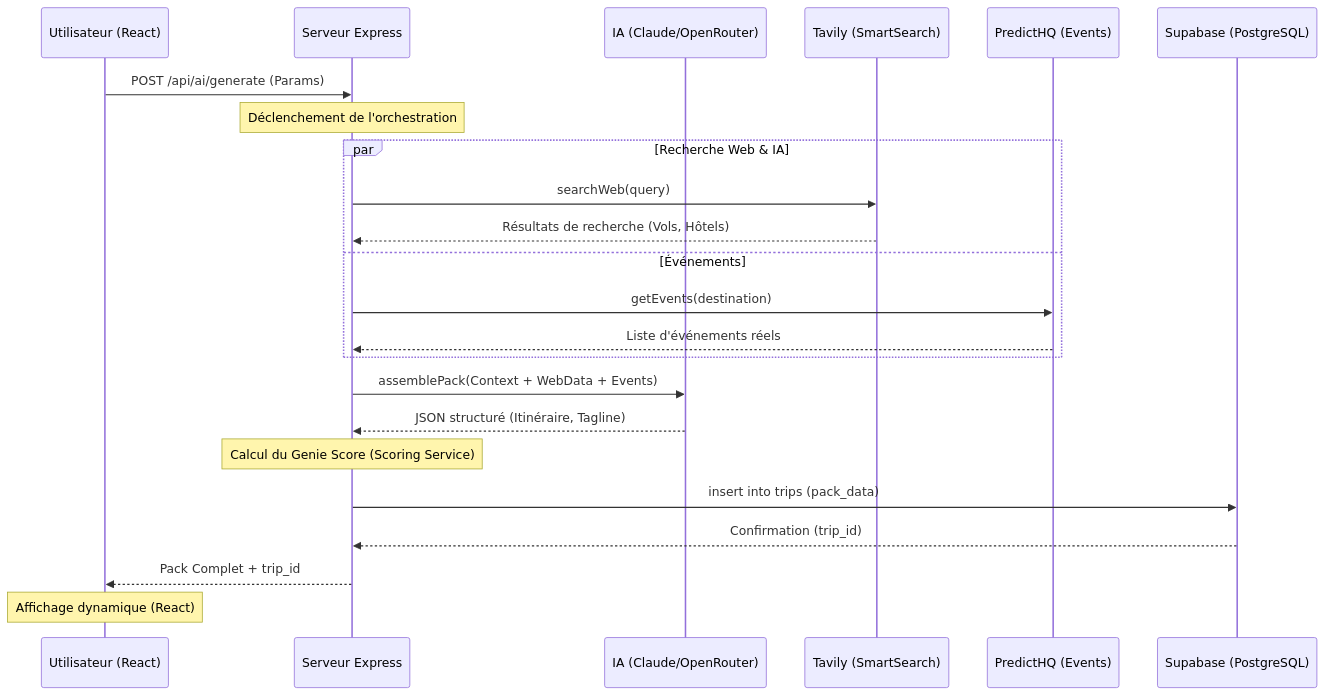
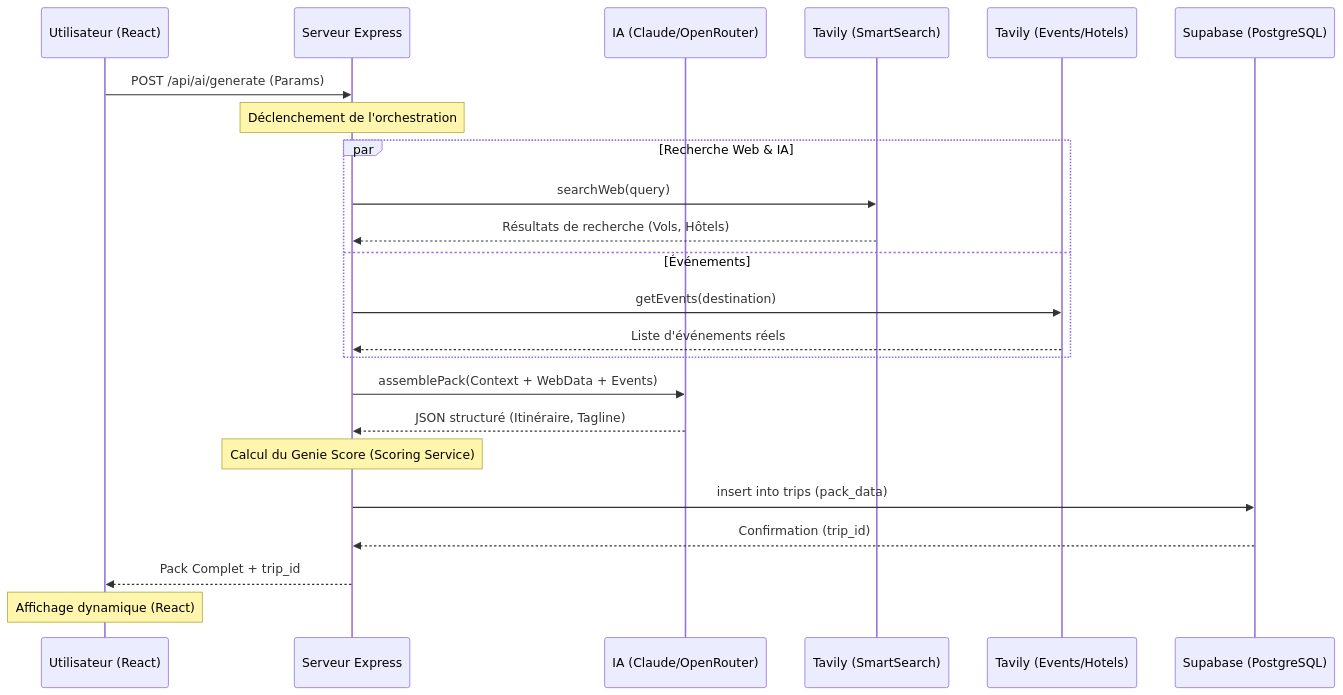
One commit to loties1533/tripgenie changed the first of 3 diagrams in docs/DIAGRAMS.md. Above: the diagram before and after it, drawn with Mermaid. The commit also changed 19 other files, not shown here.

First line of the commit message:
refactor: RNCP5 MVP certification — clean architecture & docs

````diff
--- a/docs/DIAGRAMS.md
+++ b/docs/DIAGRAMS.md
@@ -10,31 +10,31 @@
 ```mermaid
 sequenceDiagram
     participant U as Utilisateur (React)
     participant S as Serveur Express
     participant AI as IA (Claude/OpenRouter)
     participant T as Tavily (SmartSearch)
-    participant P as PredictHQ (Events)
+    participant P as Tavily (Events/Hotels)
     participant DB as Supabase (PostgreSQL)
 
     U->>S: POST /api/ai/generate (Params)
     Note over S: Déclenchement de l'orchestration
     
     par Recherche Web & IA
         S->>T: searchWeb(query)
         T-->>S: Résultats de recherche (Vols, Hôtels)
     and Événements
         S->>P: getEvents(destination)
         P-->>S: Liste d'événements réels
     end
 
     S->>AI: assemblePack(Context + WebData + Events)
     AI-->>S: JSON structuré (Itinéraire, Tagline)
 
     Note over S: Calcul du Genie Score (Scoring Service)
     
     S->>DB: insert into trips (pack_data)
     DB-->>S: Confirmation (trip_id)
 
     S-->>U: Pack Complet + trip_id
     Note over U: Affichage dynamique (React)
 ```
````
